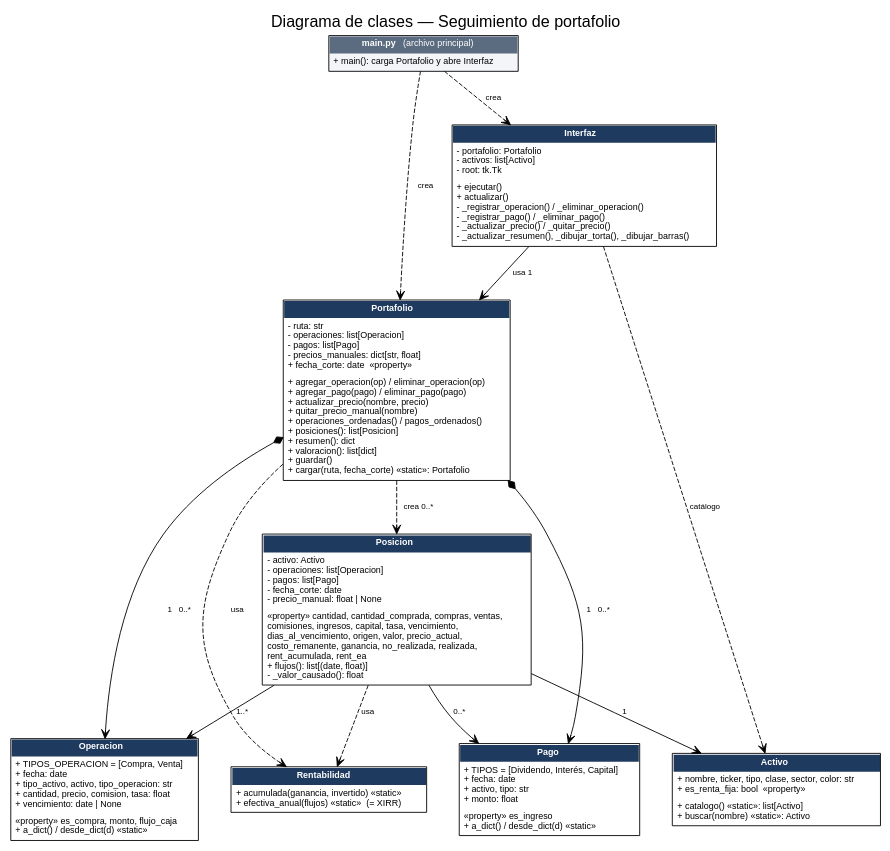
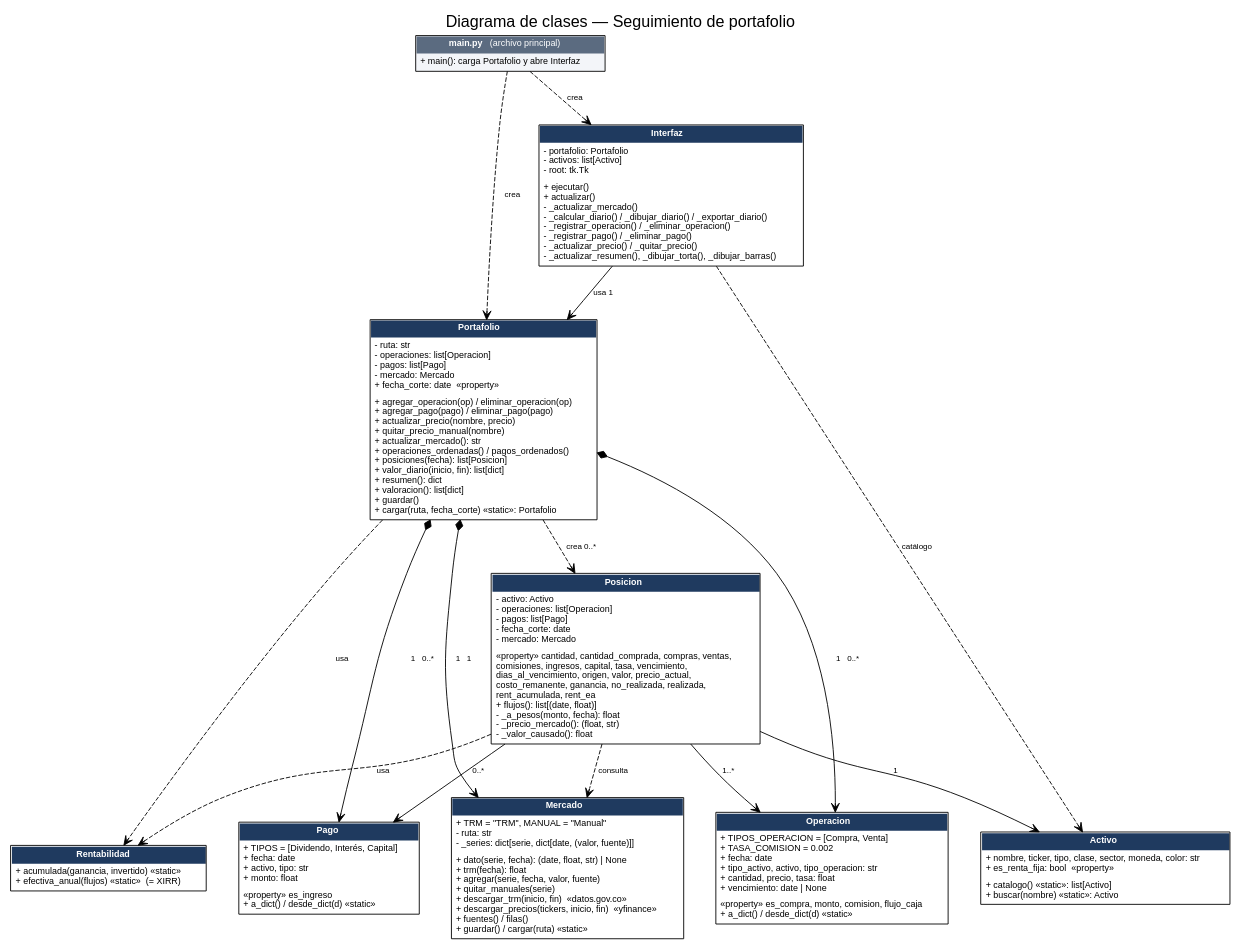
The diagram in docs/uml_clases.dot (N-um/Portafolio-de-inversion.), drawn with Graphviz before and after one commit. The commit also changed 12 other files, not shown here.

First line of the commit message:
Documentacion: todas las formulas, fuentes de datos, UML y wiki

```diff
--- a/docs/uml_clases.dot
+++ b/docs/uml_clases.dot
@@ -1,57 +1,64 @@
 digraph UML {
   graph [rankdir=TB, fontname="Helvetica", nodesep=0.5, ranksep=0.7, label="Diagrama de clases — Seguimiento de portafolio", labelloc=t, fontsize=18];
   node  [shape=plain, fontname="Helvetica", fontsize=10];
   edge  [fontname="Helvetica", fontsize=9];
 
   main [label=<<table border="1" cellborder="0" cellspacing="0" cellpadding="4" bgcolor="#F3F5F9">
     <tr><td bgcolor="#5B6B80"><font color="white"><b>main.py</b> (archivo principal)</font></td></tr>
     <tr><td align="left" balign="left">+ main(): carga Portafolio y abre Interfaz</td></tr></table>>];
 
   Interfaz [label=<<table border="1" cellborder="0" cellspacing="0" cellpadding="4">
     <tr><td bgcolor="#1F3A5F"><font color="white"><b>Interfaz</b></font></td></tr>
     <tr><td align="left" balign="left">- portafolio: Portafolio<br align="left"/>- activos: list[Activo]<br align="left"/>- root: tk.Tk</td></tr>
-    <tr><td align="left" balign="left">+ ejecutar()<br align="left"/>+ actualizar()<br align="left"/>- _registrar_operacion() / _eliminar_operacion()<br align="left"/>- _registrar_pago() / _eliminar_pago()<br align="left"/>- _actualizar_precio() / _quitar_precio()<br align="left"/>- _actualizar_resumen(), _dibujar_torta(), _dibujar_barras()</td></tr></table>>];
+    <tr><td align="left" balign="left">+ ejecutar()<br align="left"/>+ actualizar()<br align="left"/>- _actualizar_mercado()<br align="left"/>- _calcular_diario() / _dibujar_diario() / _exportar_diario()<br align="left"/>- _registrar_operacion() / _eliminar_operacion()<br align="left"/>- _registrar_pago() / _eliminar_pago()<br align="left"/>- _actualizar_precio() / _quitar_precio()<br align="left"/>- _actualizar_resumen(), _dibujar_torta(), _dibujar_barras()</td></tr></table>>];
 
   Portafolio [label=<<table border="1" cellborder="0" cellspacing="0" cellpadding="4">
     <tr><td bgcolor="#1F3A5F"><font color="white"><b>Portafolio</b></font></td></tr>
-    <tr><td align="left" balign="left">- ruta: str<br align="left"/>- operaciones: list[Operacion]<br align="left"/>- pagos: list[Pago]<br align="left"/>- precios_manuales: dict[str, float]<br align="left"/>+ fecha_corte: date  «property»</td></tr>
-    <tr><td align="left" balign="left">+ agregar_operacion(op) / eliminar_operacion(op)<br align="left"/>+ agregar_pago(pago) / eliminar_pago(pago)<br align="left"/>+ actualizar_precio(nombre, precio)<br align="left"/>+ quitar_precio_manual(nombre)<br align="left"/>+ operaciones_ordenadas() / pagos_ordenados()<br align="left"/>+ posiciones(): list[Posicion]<br align="left"/>+ resumen(): dict<br align="left"/>+ valoracion(): list[dict]<br align="left"/>+ guardar()<br align="left"/>+ cargar(ruta, fecha_corte) «static»: Portafolio</td></tr></table>>];
+    <tr><td align="left" balign="left">- ruta: str<br align="left"/>- operaciones: list[Operacion]<br align="left"/>- pagos: list[Pago]<br align="left"/>- mercado: Mercado<br align="left"/>+ fecha_corte: date  «property»</td></tr>
+    <tr><td align="left" balign="left">+ agregar_operacion(op) / eliminar_operacion(op)<br align="left"/>+ agregar_pago(pago) / eliminar_pago(pago)<br align="left"/>+ actualizar_precio(nombre, precio)<br align="left"/>+ quitar_precio_manual(nombre)<br align="left"/>+ actualizar_mercado(): str<br align="left"/>+ operaciones_ordenadas() / pagos_ordenados()<br align="left"/>+ posiciones(fecha): list[Posicion]<br align="left"/>+ valor_diario(inicio, fin): list[dict]<br align="left"/>+ resumen(): dict<br align="left"/>+ valoracion(): list[dict]<br align="left"/>+ guardar()<br align="left"/>+ cargar(ruta, fecha_corte) «static»: Portafolio</td></tr></table>>];
 
   Posicion [label=<<table border="1" cellborder="0" cellspacing="0" cellpadding="4">
     <tr><td bgcolor="#1F3A5F"><font color="white"><b>Posicion</b></font></td></tr>
-    <tr><td align="left" balign="left">- activo: Activo<br align="left"/>- operaciones: list[Operacion]<br align="left"/>- pagos: list[Pago]<br align="left"/>- fecha_corte: date<br align="left"/>- precio_manual: float | None</td></tr>
-    <tr><td align="left" balign="left">«property» cantidad, cantidad_comprada, compras, ventas,<br align="left"/>comisiones, ingresos, capital, tasa, vencimiento,<br align="left"/>dias_al_vencimiento, origen, valor, precio_actual,<br align="left"/>costo_remanente, ganancia, no_realizada, realizada,<br align="left"/>rent_acumulada, rent_ea<br align="left"/>+ flujos(): list[(date, float)]<br align="left"/>- _valor_causado(): float</td></tr></table>>];
+    <tr><td align="left" balign="left">- activo: Activo<br align="left"/>- operaciones: list[Operacion]<br align="left"/>- pagos: list[Pago]<br align="left"/>- fecha_corte: date<br align="left"/>- mercado: Mercado</td></tr>
+    <tr><td align="left" balign="left">«property» cantidad, cantidad_comprada, compras, ventas,<br align="left"/>comisiones, ingresos, capital, tasa, vencimiento,<br align="left"/>dias_al_vencimiento, origen, valor, precio_actual,<br align="left"/>costo_remanente, ganancia, no_realizada, realizada,<br align="left"/>rent_acumulada, rent_ea<br align="left"/>+ flujos(): list[(date, float)]<br align="left"/>- _a_pesos(monto, fecha): float<br align="left"/>- _precio_mercado(): (float, str)<br align="left"/>- _valor_causado(): float</td></tr></table>>];
 
   Rentabilidad [label=<<table border="1" cellborder="0" cellspacing="0" cellpadding="4">
     <tr><td bgcolor="#1F3A5F"><font color="white"><b>Rentabilidad</b></font></td></tr>
     <tr><td align="left" balign="left">+ acumulada(ganancia, invertido) «static»<br align="left"/>+ efectiva_anual(flujos) «static»  (= XIRR)</td></tr></table>>];
 
   Activo [label=<<table border="1" cellborder="0" cellspacing="0" cellpadding="4">
     <tr><td bgcolor="#1F3A5F"><font color="white"><b>Activo</b></font></td></tr>
-    <tr><td align="left" balign="left">+ nombre, ticker, tipo, clase, sector, color: str<br align="left"/>+ es_renta_fija: bool  «property»</td></tr>
+    <tr><td align="left" balign="left">+ nombre, ticker, tipo, clase, sector, moneda, color: str<br align="left"/>+ es_renta_fija: bool  «property»</td></tr>
     <tr><td align="left" balign="left">+ catalogo() «static»: list[Activo]<br align="left"/>+ buscar(nombre) «static»: Activo</td></tr></table>>];
 
   Operacion [label=<<table border="1" cellborder="0" cellspacing="0" cellpadding="4">
     <tr><td bgcolor="#1F3A5F"><font color="white"><b>Operacion</b></font></td></tr>
-    <tr><td align="left" balign="left">+ TIPOS_OPERACION = [Compra, Venta]<br align="left"/>+ fecha: date<br align="left"/>+ tipo_activo, activo, tipo_operacion: str<br align="left"/>+ cantidad, precio, comision, tasa: float<br align="left"/>+ vencimiento: date | None</td></tr>
-    <tr><td align="left" balign="left">«property» es_compra, monto, flujo_caja<br align="left"/>+ a_dict() / desde_dict(d) «static»</td></tr></table>>];
+    <tr><td align="left" balign="left">+ TIPOS_OPERACION = [Compra, Venta]<br align="left"/>+ TASA_COMISION = 0.002<br align="left"/>+ fecha: date<br align="left"/>+ tipo_activo, activo, tipo_operacion: str<br align="left"/>+ cantidad, precio, tasa: float<br align="left"/>+ vencimiento: date | None</td></tr>
+    <tr><td align="left" balign="left">«property» es_compra, monto, comision, flujo_caja<br align="left"/>+ a_dict() / desde_dict(d) «static»</td></tr></table>>];
 
   Pago [label=<<table border="1" cellborder="0" cellspacing="0" cellpadding="4">
     <tr><td bgcolor="#1F3A5F"><font color="white"><b>Pago</b></font></td></tr>
     <tr><td align="left" balign="left">+ TIPOS = [Dividendo, Interés, Capital]<br align="left"/>+ fecha: date<br align="left"/>+ activo, tipo: str<br align="left"/>+ monto: float</td></tr>
     <tr><td align="left" balign="left">«property» es_ingreso<br align="left"/>+ a_dict() / desde_dict(d) «static»</td></tr></table>>];
+
+  Mercado [label=<<table border="1" cellborder="0" cellspacing="0" cellpadding="4">
+    <tr><td bgcolor="#1F3A5F"><font color="white"><b>Mercado</b></font></td></tr>
+    <tr><td align="left" balign="left">+ TRM = "TRM", MANUAL = "Manual"<br align="left"/>- ruta: str<br align="left"/>- _series: dict[serie, dict[date, (valor, fuente)]]</td></tr>
+    <tr><td align="left" balign="left">+ dato(serie, fecha): (date, float, str) | None<br align="left"/>+ trm(fecha): float<br align="left"/>+ agregar(serie, fecha, valor, fuente)<br align="left"/>+ quitar_manuales(serie)<br align="left"/>+ descargar_trm(inicio, fin)  «datos.gov.co»<br align="left"/>+ descargar_precios(tickers, inicio, fin)  «yfinance»<br align="left"/>+ fuentes() / filas()<br align="left"/>+ guardar() / cargar(ruta) «static»</td></tr></table>>];
 
   main -> Portafolio [label="  crea", style=dashed, arrowhead=vee];
   main -> Interfaz [label="  crea", style=dashed, arrowhead=vee];
   Interfaz -> Portafolio [label="  usa 1", arrowhead=vee];
   Interfaz -> Activo [label=" catálogo", style=dashed, arrowhead=vee];
   Portafolio -> Operacion [label=" 1   0..*", dir=both, arrowtail=diamond, arrowhead=vee];
   Portafolio -> Pago [label=" 1   0..*", dir=both, arrowtail=diamond, arrowhead=vee];
   Portafolio -> Posicion [label="  crea 0..*", style=dashed, arrowhead=vee];
+  Portafolio -> Mercado [label=" 1   1", dir=both, arrowtail=diamond, arrowhead=vee];
+  Posicion -> Mercado [label=" consulta", style=dashed, arrowhead=vee];
   Posicion -> Activo [label=" 1", arrowhead=vee];
   Posicion -> Operacion [label=" 1..*", arrowhead=vee];
   Posicion -> Pago [label=" 0..*", arrowhead=vee];
   Posicion -> Rentabilidad [label=" usa", style=dashed, arrowhead=vee];
   Portafolio -> Rentabilidad [label=" usa", style=dashed, arrowhead=vee];
   { rank=same; Operacion; Pago; Activo; }
 }
```
